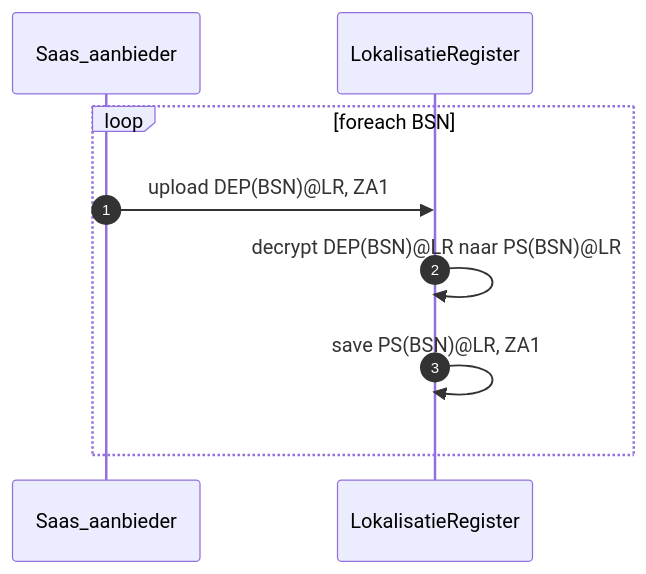
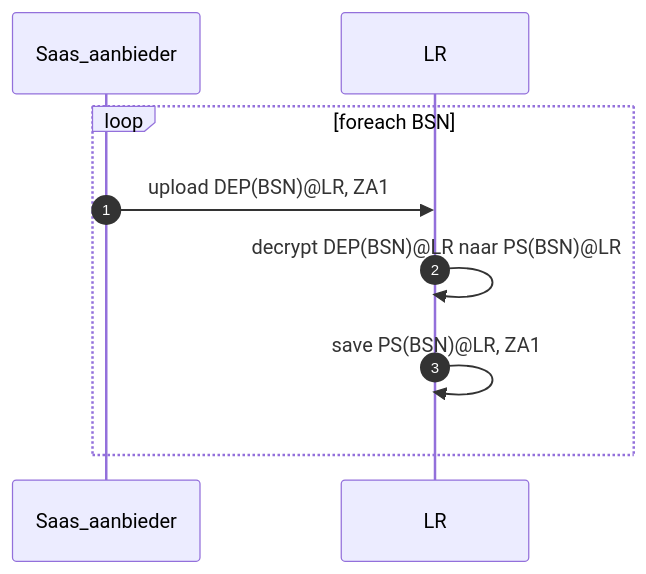
One commit to minvws/generiekefuncties-lokalisatie changed the third of 5 diagrams in architectuur/sequentie-diagrammen.md. Above: the diagram before and after it, drawn with Mermaid. The commit also changed other lines of this file, not shown here.

````diff
--- a/architectuur/sequentie-diagrammen.md
+++ b/architectuur/sequentie-diagrammen.md
@@ -33,9 +33,9 @@
 ```mermaid
 sequenceDiagram
 autonumber
 loop foreach BSN
-  Saas_aanbieder ->> LokalisatieRegister: upload DEP(BSN)@LR, ZA1
-  LokalisatieRegister ->> LokalisatieRegister: decrypt DEP(BSN)@LR naar PS(BSN)@LR
-  LokalisatieRegister ->> LokalisatieRegister: save PS(BSN)@LR, ZA1
+  Saas_aanbieder ->> LR: upload DEP(BSN)@LR, ZA1
+  LR ->> LR: decrypt DEP(BSN)@LR naar PS(BSN)@LR
+  LR ->> LR: save PS(BSN)@LR, ZA1
 end
 ```
````
